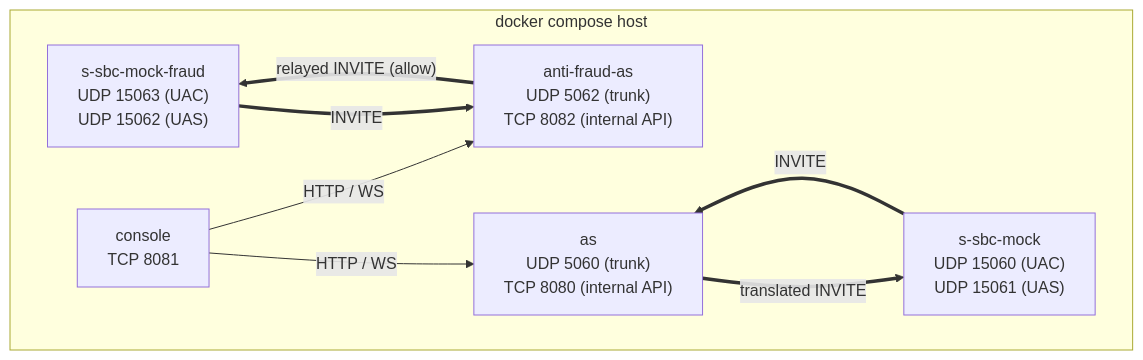
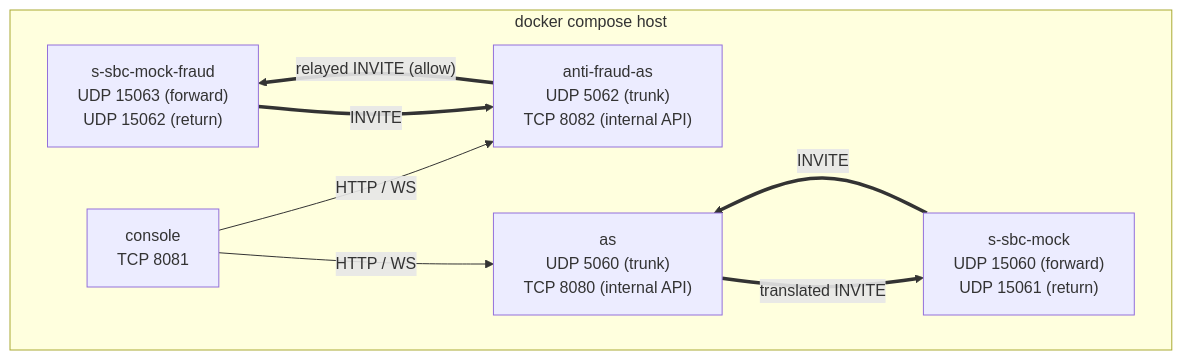
The fifth of 10 diagrams in docs/architecture/hld.md (dolanshu/3rdparty_AS_POC), drawn with Mermaid before and after one commit. The commit also changed other lines of this file and 67 other files, not shown here.

````diff
--- a/docs/architecture/hld.md
+++ b/docs/architecture/hld.md
@@ -180,16 +181,16 @@
 ```mermaid
 graph TB
     subgraph host["docker compose host"]
         AS["as<br/>UDP 5060 (trunk)<br/>TCP 8080 (internal API)"]
         FRAUD["anti-fraud-as<br/>UDP 5062 (trunk)<br/>TCP 8082 (internal API)"]
-        MOCK["s-sbc-mock<br/>UDP 15060 (UAC)<br/>UDP 15061 (UAS)"]
-        MOCKF["s-sbc-mock-fraud<br/>UDP 15063 (UAC)<br/>UDP 15062 (UAS)"]
+        MOCK["s-sbc-mock<br/>UDP 15060 (forward)<br/>UDP 15061 (return)"]
+        MOCKF["s-sbc-mock-fraud<br/>UDP 15063 (forward)<br/>UDP 15062 (return)"]
         CONSOLE["console<br/>TCP 8081"]
     end
     MOCK == "INVITE" ==> AS
     MOCKF == "INVITE" ==> FRAUD
     AS == "translated INVITE" ==> MOCK
     FRAUD == "relayed INVITE (allow)" ==> MOCKF
     CONSOLE -- "HTTP / WS" --> AS
     CONSOLE -- "HTTP / WS" --> FRAUD
 ```
````
